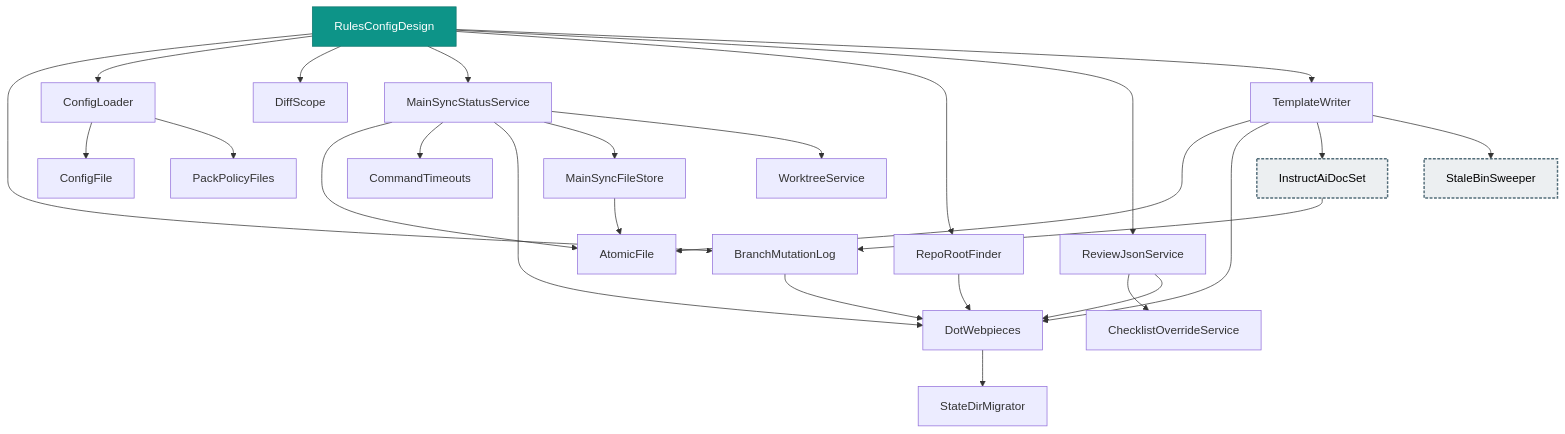
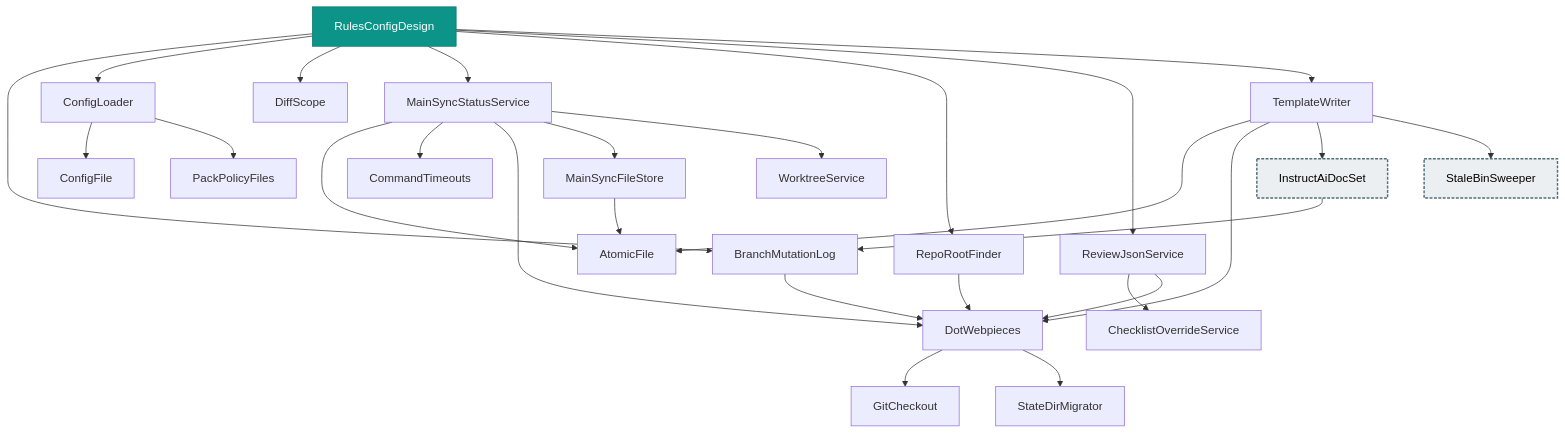
The diagram in packages/tooling/rules-config/design.md (deanhiller/webpieces-ts), drawn with Mermaid before and after one commit. The commit also changed 48 other files, not shown here.

````diff
--- a/packages/tooling/rules-config/design.md
+++ b/packages/tooling/rules-config/design.md
@@ -13,54 +13,56 @@
 ```mermaid
 graph TD
     AtomicFile["AtomicFile"]
     BranchMutationLog["BranchMutationLog"]
     ChecklistOverrideService["ChecklistOverrideService"]
     CommandTimeouts["CommandTimeouts"]
     ConfigFile["ConfigFile"]
     ConfigLoader["ConfigLoader"]
     DiffScope["DiffScope"]
     DotWebpieces["DotWebpieces"]
+    GitCheckout["GitCheckout"]
     InstructAiDocSet["InstructAiDocSet"]:::many
     MainSyncFileStore["MainSyncFileStore"]
     MainSyncStatusService["MainSyncStatusService"]
     PackPolicyFiles["PackPolicyFiles"]
     RepoRootFinder["RepoRootFinder"]
     ReviewJsonService["ReviewJsonService"]
     RulesConfigDesign["RulesConfigDesign"]:::apiImpl
     StaleBinSweeper["StaleBinSweeper"]:::many
     StateDirMigrator["StateDirMigrator"]
     TemplateWriter["TemplateWriter"]
     WorktreeService["WorktreeService"]
     BranchMutationLog --> DotWebpieces
     ConfigLoader --> ConfigFile
     ConfigLoader --> PackPolicyFiles
+    DotWebpieces --> GitCheckout
     DotWebpieces --> StateDirMigrator
     InstructAiDocSet --> BranchMutationLog
     MainSyncFileStore --> AtomicFile
     MainSyncStatusService --> AtomicFile
     MainSyncStatusService --> CommandTimeouts
     MainSyncStatusService --> DotWebpieces
     MainSyncStatusService --> MainSyncFileStore
     MainSyncStatusService --> WorktreeService
     RepoRootFinder --> DotWebpieces
     ReviewJsonService --> ChecklistOverrideService
     ReviewJsonService --> DotWebpieces
     RulesConfigDesign --> BranchMutationLog
     RulesConfigDesign --> ConfigLoader
     RulesConfigDesign --> DiffScope
     RulesConfigDesign --> MainSyncStatusService
     RulesConfigDesign --> RepoRootFinder
     RulesConfigDesign --> ReviewJsonService
     RulesConfigDesign --> TemplateWriter
     TemplateWriter --> AtomicFile
     TemplateWriter --> DotWebpieces
     TemplateWriter --> InstructAiDocSet
     TemplateWriter --> StaleBinSweeper
     classDef controller fill:#1f6feb,color:#ffffff,stroke:#0d419d
     classDef apiImpl fill:#0d9488,color:#ffffff,stroke:#0f766e
     classDef component fill:#2da44e,color:#ffffff,stroke:#1a7f37
     classDef unresolved fill:#f0ad4e,color:#000000,stroke:#b8860b,stroke-dasharray: 5 5
     classDef external fill:#b39ddb,color:#000000,stroke:#5e35b1,stroke-width:3px
     classDef api fill:#4fc3f7,color:#000000,stroke:#0277bd,stroke-width:3px
     classDef many fill:#eceff1,color:#000000,stroke:#546e7a,stroke-width:2px,stroke-dasharray: 4 2
 ```
````
